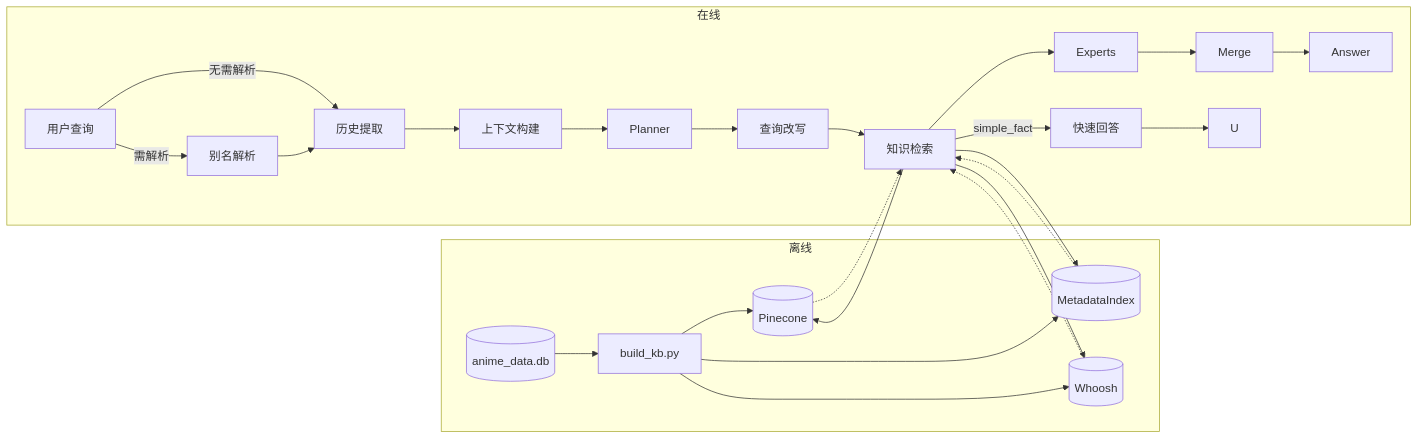
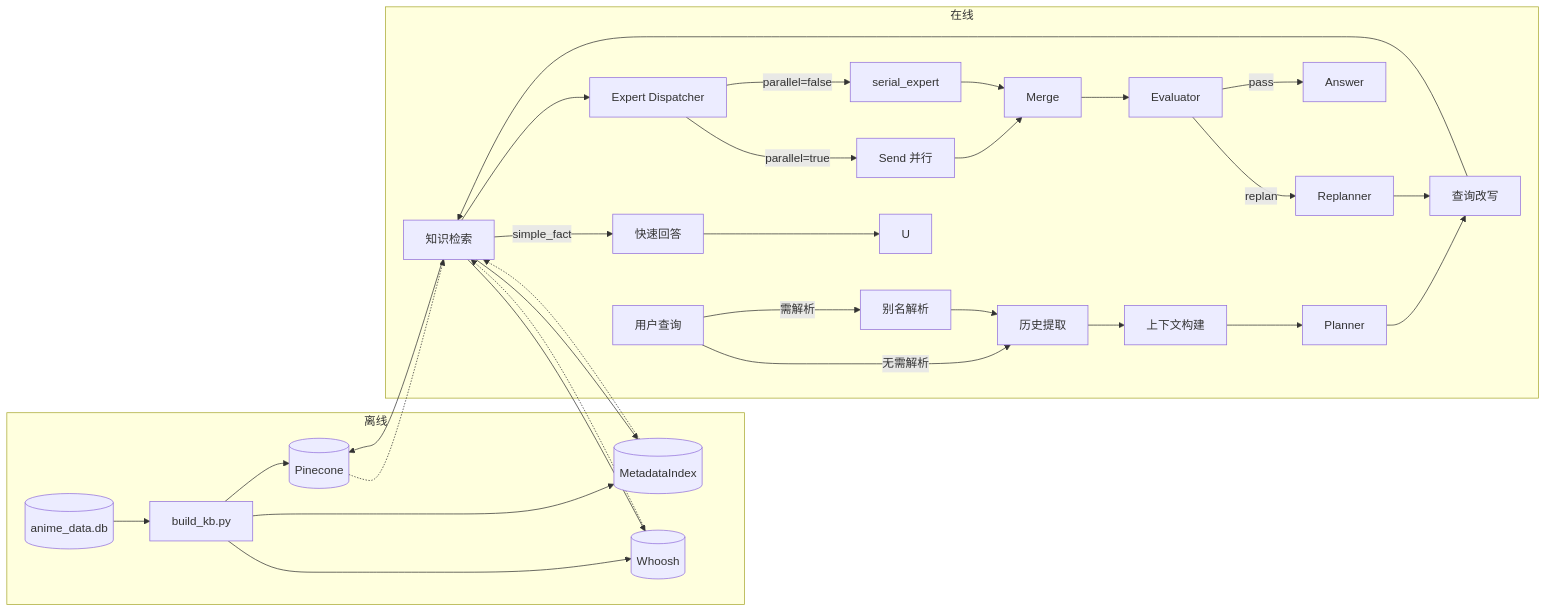
The third of 5 diagrams in .trae/documents/project-summary.md (AKArrok/AniGraph), drawn with Mermaid before and after one commit. The commit also changed other lines of this file and 46 other files, not shown here.

````diff
--- a/.trae/documents/project-summary.md
+++ b/.trae/documents/project-summary.md
@@ -153,27 +157,31 @@
 ```mermaid
 flowchart LR
     subgraph 离线
         DB[(anime_data.db)] --> KB[build_kb.py]
         KB --> P[(Pinecone)]
         KB --> MI[(MetadataIndex)]
         KB --> W[(Whoosh)]
     end
 
     subgraph 在线
         Q[用户查询] -->|需解析| AR[别名解析]
         Q -->|无需解析| HE[历史提取]
         AR --> HE
         HE --> CB[上下文构建]
         CB --> PL[Planner]
         PL --> QP[查询改写]
         QP --> KR[知识检索]
         KR --> MI & P & W
         KR -->|simple_fact| SF[快速回答]
-        KR --> EX[Experts]
-        EX --> MG[Merge]
-        MG --> AN[Answer]
+        KR --> EX[Expert Dispatcher]
+        EX -->|parallel=true| PX[Send 并行]
+        EX -->|parallel=false| SX[serial_expert]
+        PX & SX --> MG[Merge]
+        MG --> EV[Evaluator]
+        EV -->|pass| AN[Answer]
+        EV -->|replan| RP[Replanner] --> QP
         SF --> U
     end
 
     MI & P & W -.-> KR
 ```
````
